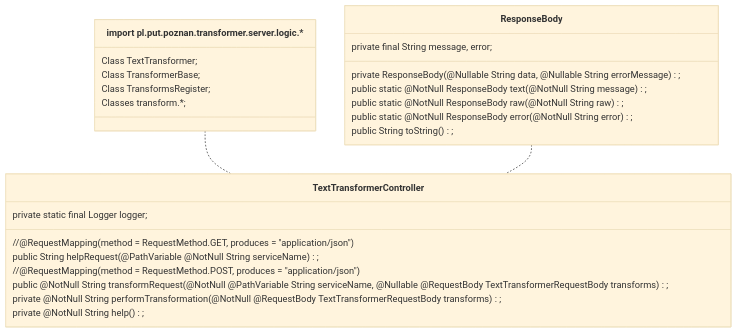
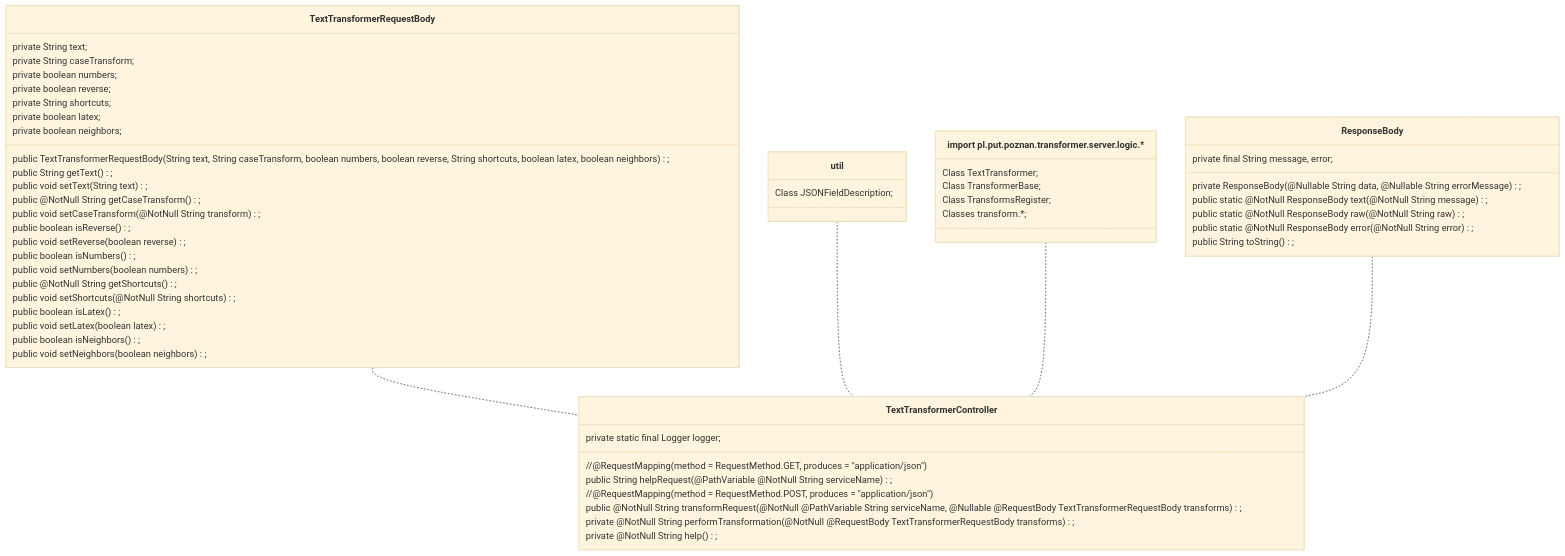
The second of 2 diagrams in Diagramy UML.md (pixelsapphire/softeng), drawn with Mermaid (base theme) before and after one commit.

Commit message:
Dodano kilka nowych klas.

````diff
--- a/Diagramy UML.md
+++ b/Diagramy UML.md
@@ -120,31 +120,62 @@
 ```mermaid
 classDiagram
     class ResponseBody {
         private final String message, error;
         private ResponseBody(@Nullable String data, @Nullable String errorMessage);
         public static @NotNull ResponseBody text(@NotNull String message);
         public static @NotNull ResponseBody raw(@NotNull String raw);
         public static @NotNull ResponseBody error(@NotNull String error);
         public String toString();
     }
     click ResponseBody href "https://github.com/RubyNaxela/softeng/blob/main/Server/src/main/java/pl/put/poznan/transformer/server/rest/ResponseBody.java"
     class TextTransformerController{
         private static final Logger logger;
         //@RequestMapping(method = RequestMethod.GET, produces = "application/json")
         public String helpRequest(@PathVariable @NotNull String serviceName);
         //@RequestMapping(method = RequestMethod.POST, produces = "application/json")
         public @NotNull String transformRequest(@NotNull @PathVariable String serviceName, @Nullable @RequestBody TextTransformerRequestBody transforms);
         private @NotNull String performTransformation(@NotNull @RequestBody TextTransformerRequestBody transforms);
         private @NotNull String help();
     }
     click TextTransformerController href "https://github.com/RubyNaxela/softeng/blob/main/Server/src/main/java/pl/put/poznan/transformer/server/rest/TextTransformerController.java"
     class logic["import pl.put.poznan.transformer.server.logic.*"]{
         Class TextTransformer;
         Class TransformerBase;
         Class TransformsRegister;
         Classes transform.*;
     }
     click logic href "https://github.com/RubyNaxela/softeng/blob/main/Server/src/main/java/pl/put/poznan/transformer/server/logic"
+    class util{
+        Class JSONFieldDescription;
+    }
+    click util href "https://github.com/RubyNaxela/softeng/blob/main/Server/src/main/java/pl/put/poznan/transformer/server/util/JSONFieldDescription.java"
+    class TextTransformerRequestBody{
+        private String text;
+        private String caseTransform;
+        private boolean numbers;
+        private boolean reverse;
+        private String shortcuts;
+        private boolean latex;
+        private boolean neighbors;
+        public TextTransformerRequestBody(String text, String caseTransform, boolean numbers, boolean reverse, String shortcuts, boolean latex, boolean neighbors);
+        public String getText();
+        public void setText(String text);
+        public @NotNull String getCaseTransform();
+        public void setCaseTransform(@NotNull String transform);
+        public boolean isReverse();
+        public void setReverse(boolean reverse);
+        public boolean isNumbers();
+        public void setNumbers(boolean numbers);
+        public @NotNull String getShortcuts();
+        public void setShortcuts(@NotNull String shortcuts);
+        public boolean isLatex();
+        public void setLatex(boolean latex);
+        public boolean isNeighbors();
+        public void setNeighbors(boolean neighbors);
+    }
+    click TextTransformerRequestBody href "https://github.com/RubyNaxela/softeng/blob/main/Server/src/main/java/pl/put/poznan/transformer/server/rest/TextTransformerRequestBody.java"
+      TextTransformerRequestBody .. TextTransformerController
+      util .. TextTransformerController
       logic .. TextTransformerController
       ResponseBody .. TextTransformerController
 ```
````
